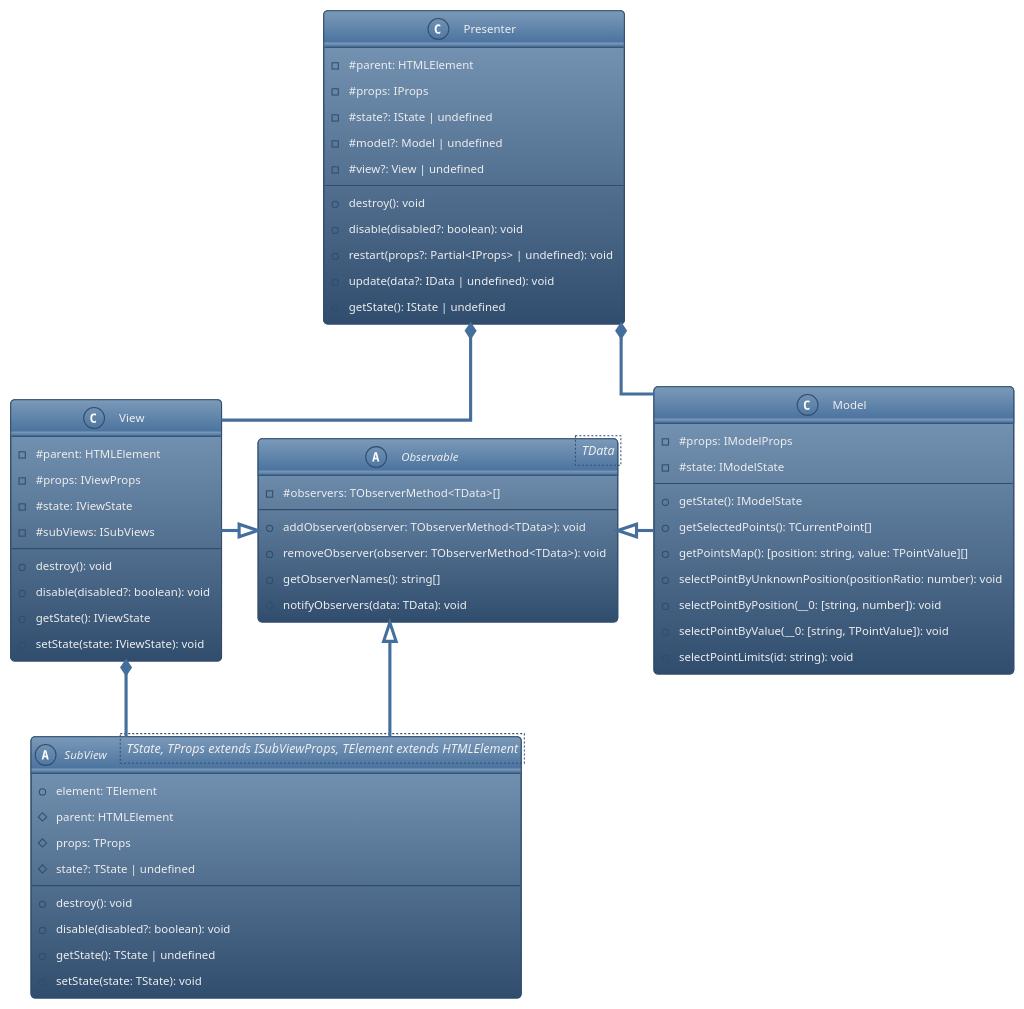
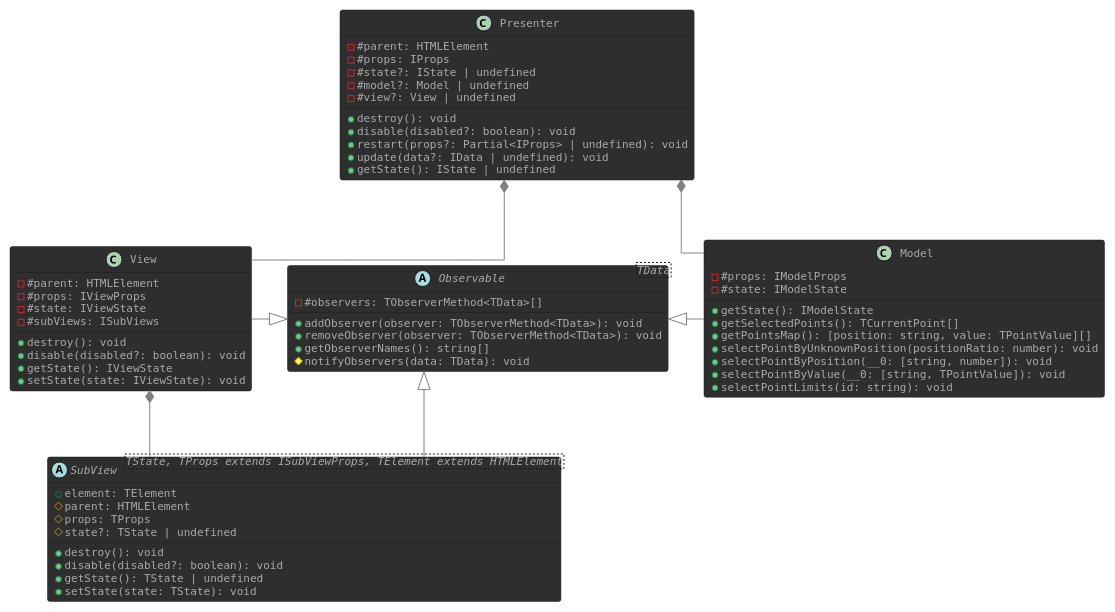
The diagram in _misc/UMLDiagramSimple.puml (Aleinbanger/al-range-slider), drawn with PlantUML before and after one commit. The commit also changed 10 other files, not shown here.

```diff
--- a/_misc/UMLDiagramSimple.puml
+++ b/_misc/UMLDiagramSimple.puml
@@ -1,62 +1,64 @@
 @startuml
-!theme spacelab
-skinparam defaultFontName Consolas
+!theme reddress-darkorange
+skinparam backgroundColor transparent
+skinparam arrowColor grey
+skinparam defaultFontName monospaced
 skinparam linetype ortho
 
 abstract class Observable<TData> {
     -#observers: TObserverMethod<TData>[]
     +addObserver(observer: TObserverMethod<TData>): void
     +removeObserver(observer: TObserverMethod<TData>): void
     +getObserverNames(): string[]
     #notifyObservers(data: TData): void
 }
 class Presenter {
     -#parent: HTMLElement
     -#props: IProps
     -#state?: IState | undefined
     -#model?: Model | undefined
     -#view?: View | undefined
     +destroy(): void
     +disable(disabled?: boolean): void
     +restart(props?: Partial<IProps> | undefined): void
     +update(data?: IData | undefined): void
     +getState(): IState | undefined
 }
 class Model {
     -#props: IModelProps
     -#state: IModelState
     +getState(): IModelState
     +getSelectedPoints(): TCurrentPoint[]
     +getPointsMap(): [position: string, value: TPointValue][]
     +selectPointByUnknownPosition(positionRatio: number): void
     +selectPointByPosition(__0: [string, number]): void
     +selectPointByValue(__0: [string, TPointValue]): void
     +selectPointLimits(id: string): void
 }
 class View {
     -#parent: HTMLElement
     -#props: IViewProps
     -#state: IViewState
     -#subViews: ISubViews
     +destroy(): void
     +disable(disabled?: boolean): void
     +getState(): IViewState
     +setState(state: IViewState): void
 }
 abstract class SubView<TState, TProps extends ISubViewProps, TElement extends HTMLElement> extends Observable {
     +element: TElement
     #parent: HTMLElement
     #props: TProps
     #state?: TState | undefined
     +destroy(): void
     +disable(disabled?: boolean): void
     +getState(): TState | undefined
     +setState(state: TState): void
 }
 
 Observable <|-right- Model
 Observable <|-left- View
 View *-- SubView
 Presenter *-- Model
 Presenter *-- View
 @enduml
```
